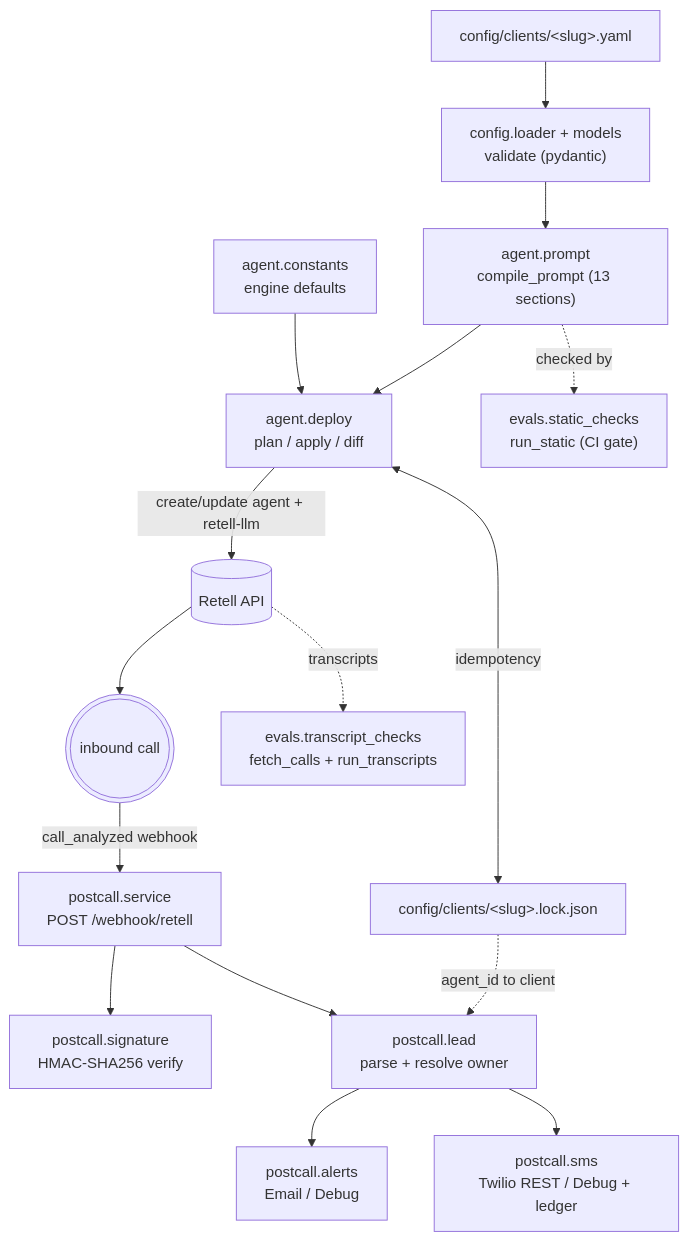
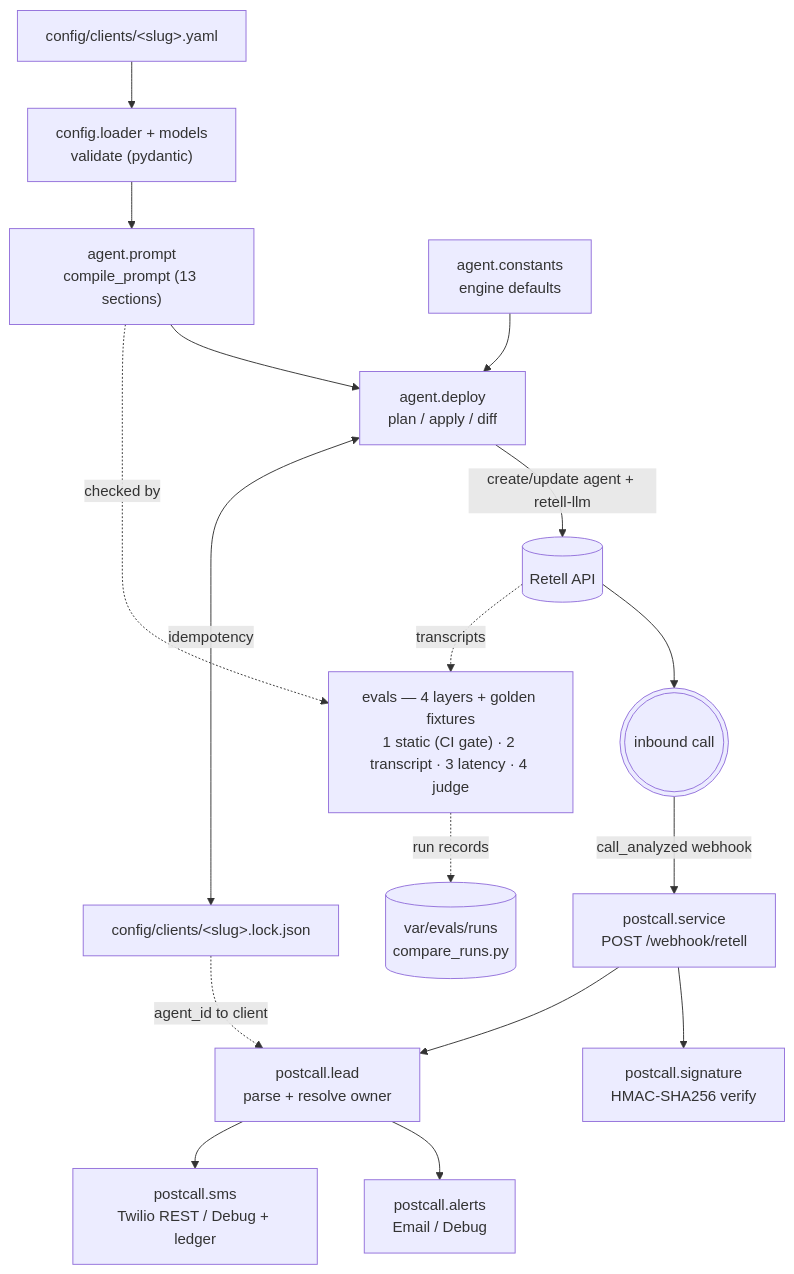
The diagram in README.md (danielfmonzon/dma-deploy-kit), drawn with Mermaid before and after one commit. The commit also changed other lines of this file and 2 other files, not shown here.

````diff
--- a/README.md
+++ b/README.md
@@ -17,18 +17,19 @@
 ```mermaid
 flowchart TD
     CFG["config/clients/&lt;slug&gt;.yaml"] --> LOADER["config.loader + models<br/>validate (pydantic)"]
     LOADER --> COMPILE["agent.prompt<br/>compile_prompt (13 sections)"]
     CONST["agent.constants<br/>engine defaults"] --> DEPLOY
     COMPILE --> DEPLOY["agent.deploy<br/>plan / apply / diff"]
     DEPLOY -->|"create/update agent + retell-llm"| RETELL[("Retell API")]
     DEPLOY <-->|"idempotency"| LOCK["config/clients/&lt;slug&gt;.lock.json"]
     RETELL --> CALL((("inbound call")))
     CALL -->|"call_analyzed webhook"| SVC["postcall.service<br/>POST /webhook/retell"]
     SVC --> SIG["postcall.signature<br/>HMAC-SHA256 verify"]
     SVC --> LEAD["postcall.lead<br/>parse + resolve owner"]
     LOCK -.->|"agent_id to client"| LEAD
     LEAD --> ALERT["postcall.alerts<br/>Email / Debug"]
     LEAD --> SMS["postcall.sms<br/>Twilio REST / Debug + ledger"]
-    COMPILE -.->|"checked by"| STATIC["evals.static_checks<br/>run_static (CI gate)"]
-    RETELL -.->|"transcripts"| TRANSCRIPT["evals.transcript_checks<br/>fetch_calls + run_transcripts"]
+    COMPILE -.->|"checked by"| EVALS["evals — 4 layers + golden fixtures<br/>1 static (CI gate) · 2 transcript · 3 latency · 4 judge"]
+    RETELL -.->|"transcripts"| EVALS
+    EVALS -.->|"run records"| RECORDS[("var/evals/runs<br/>compare_runs.py")]
 ```
````
